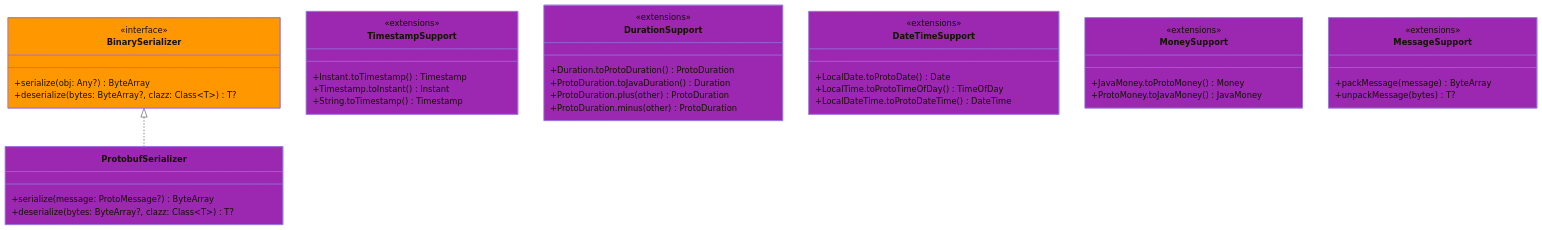
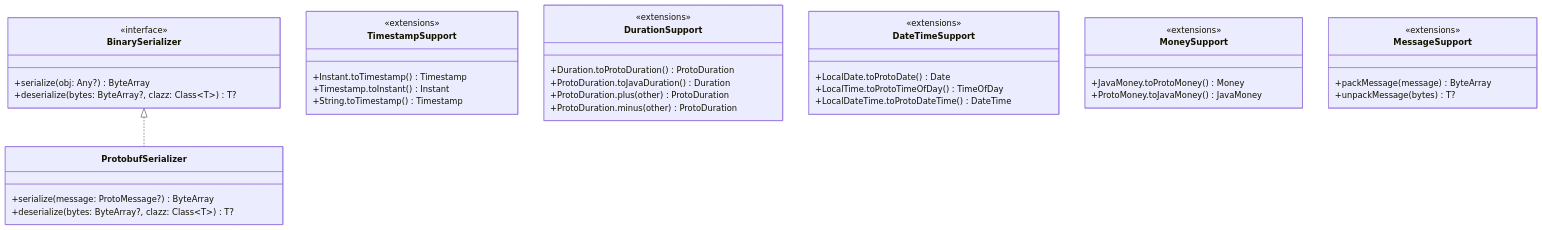
Before and after one commit to bluetape4k/bluetape4k-projects: the first of 3 diagrams in io/protobuf/README.md, drawn with Mermaid. The commit also changed 95 other files, not shown here.

First line of the commit message:
docs: Mermaid 파서 오류 전체 수정 (IntelliJ IDEA 호환)

````diff
--- a/io/protobuf/README.md
+++ b/io/protobuf/README.md
@@ -114,52 +114,50 @@
 ```mermaid
 classDiagram
-    class BinarySerializer:::codecStyle {
+    class BinarySerializer {
         <<interface>>
         +serialize(obj: Any?) ByteArray
         +deserialize(bytes: ByteArray?, clazz: Class~T~) T?
     }
 
-    class ProtobufSerializer:::protoStyle {
+    class ProtobufSerializer {
         +serialize(message: ProtoMessage?) ByteArray
         +deserialize(bytes: ByteArray?, clazz: Class~T~) T?
     }
 
-    class TimestampSupport:::protoStyle {
+    class TimestampSupport {
         <<extensions>>
         +Instant.toTimestamp() Timestamp
         +Timestamp.toInstant() Instant
         +String.toTimestamp() Timestamp
     }
 
-    class DurationSupport:::protoStyle {
+    class DurationSupport {
         <<extensions>>
         +Duration.toProtoDuration() ProtoDuration
         +ProtoDuration.toJavaDuration() Duration
         +ProtoDuration.plus(other) ProtoDuration
         +ProtoDuration.minus(other) ProtoDuration
     }
 
-    class DateTimeSupport:::protoStyle {
+    class DateTimeSupport {
         <<extensions>>
         +LocalDate.toProtoDate() Date
         +LocalTime.toProtoTimeOfDay() TimeOfDay
         +LocalDateTime.toProtoDateTime() DateTime
     }
 
-    class MoneySupport:::protoStyle {
+    class MoneySupport {
         <<extensions>>
         +JavaMoney.toProtoMoney() Money
         +ProtoMoney.toJavaMoney() JavaMoney
     }
 
-    class MessageSupport:::protoStyle {
+    class MessageSupport {
         <<extensions>>
         +packMessage(message) ByteArray
         +unpackMessage(bytes) T?
     }
 
     BinarySerializer <|.. ProtobufSerializer
 
-    classDef protoStyle  fill:#9C27B0
-    classDef codecStyle  fill:#FF9800
 ```
````
